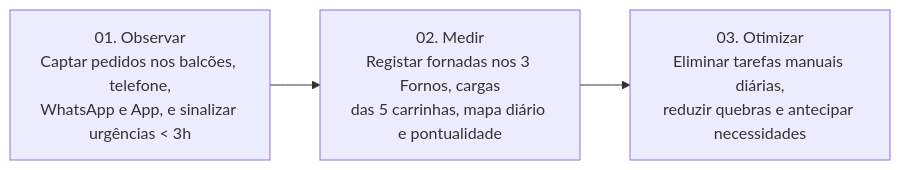
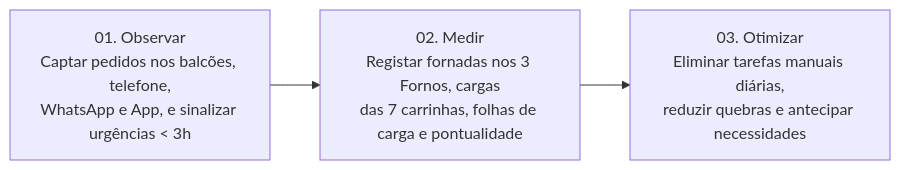
One commit to lfcarreiras/App-Padaria changed the first of 4 diagrams in docs/05_Proposta_Comercial_e_Demonstracao_de_Valor.md. Above: the diagram before and after it, drawn with Mermaid. The commit also changed other lines of this file and 5 other files, not shown here.

````diff
--- a/docs/05_Proposta_Comercial_e_Demonstracao_de_Valor.md
+++ b/docs/05_Proposta_Comercial_e_Demonstracao_de_Valor.md
@@ -50,5 +50,5 @@
 ```mermaid
 flowchart LR
-    A["01. Observar\nCaptar pedidos nos balcões, telefone,\nWhatsApp e App, e sinalizar urgências < 3h"] --> B["02. Medir\nRegistar fornadas nos 3 Fornos, cargas\ndas 5 carrinhas, mapa diário e pontualidade"]
+    A["01. Observar\nCaptar pedidos nos balcões, telefone,\nWhatsApp e App, e sinalizar urgências < 3h"] --> B["02. Medir\nRegistar fornadas nos 3 Fornos, cargas\ndas 7 carrinhas, folhas de carga e pontualidade"]
     B --> C["03. Otimizar\nEliminar tarefas manuais diárias,\nreduzir quebras e antecipar necessidades"]
 ```
````
